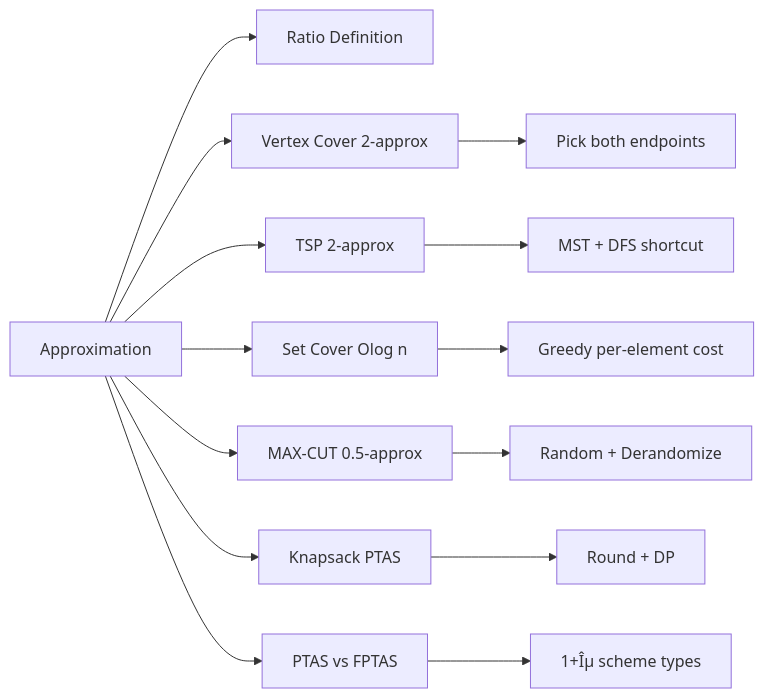
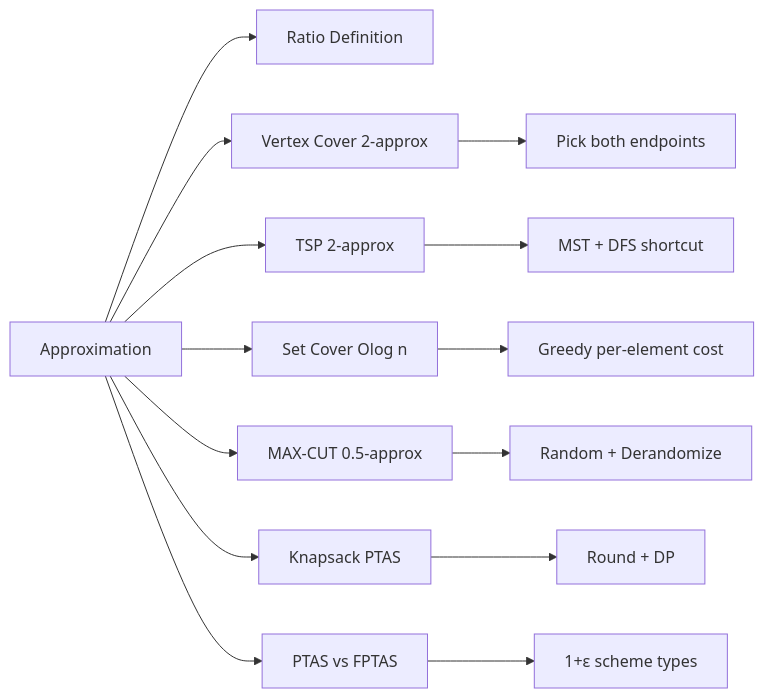
One commit to Raushan666java/ai-engineering-journey changed the diagram in docs/courses/algorithms/16-approximation.md. Above: the diagram before and after it, drawn with Mermaid. The commit also changed other lines of this file and 965 other files, not shown here.

````diff
--- a/docs/courses/algorithms/16-approximation.md
+++ b/docs/courses/algorithms/16-approximation.md
@@ -58,16 +58,16 @@
 ```mermaid
 flowchart LR
     A[Approximation] --> B[Ratio Definition]
     A --> C[Vertex Cover 2-approx]
     A --> D[TSP 2-approx]
     A --> E[Set Cover Olog n]
     A --> F[MAX-CUT 0.5-approx]
     A --> G[Knapsack PTAS]
     A --> H[PTAS vs FPTAS]
     C --> I[Pick both endpoints]
     D --> J[MST + DFS shortcut]
     E --> K[Greedy per-element cost]
     F --> L[Random + Derandomize]
     G --> M[Round + DP]
-    H --> N[1+Îµ scheme types]
+    H --> N[1+ε scheme types]
 ```
````
